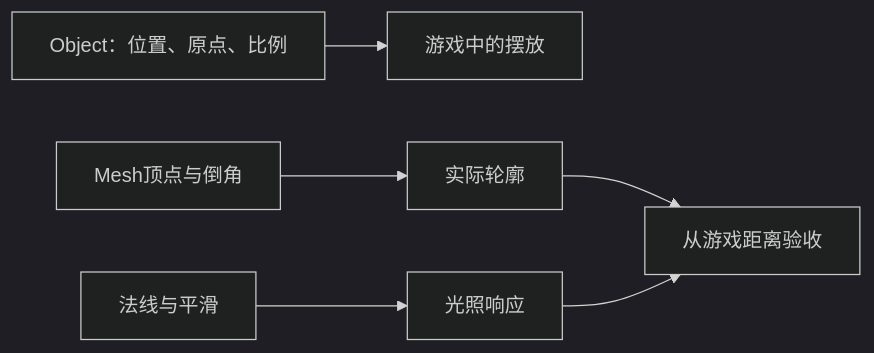
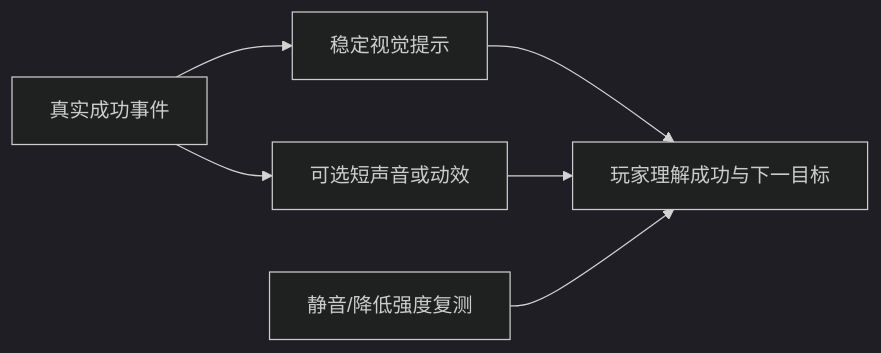
One commit to Zilur/ai-3d-game-learning changed the diagram in curriculum/dialogues/B07.md. Above: the diagram before and after it, drawn with Mermaid (dark theme). The commit also changed other lines of this file and 314 other files, not shown here.

````diff
--- a/curriculum/dialogues/B07.md
+++ b/curriculum/dialogues/B07.md
@@ -25,8 +27,8 @@
 ```mermaid
 flowchart LR
- O["Object：位置、原点、比例"] --> S["游戏中的摆放"]
- G["Mesh顶点与倒角"] --> L["实际轮廓"]
- N["法线与平滑"] --> H["光照响应"]
- L --> Q["从游戏距离验收"]
- H --> Q
+ E["真实成功事件"] --> V["稳定视觉提示"]
+ E --> A["可选短声音或动效"]
+ V --> P["玩家理解成功与下一目标"]
+ A --> P
+ M["静音/降低强度复测"] --> P
 ```
````
